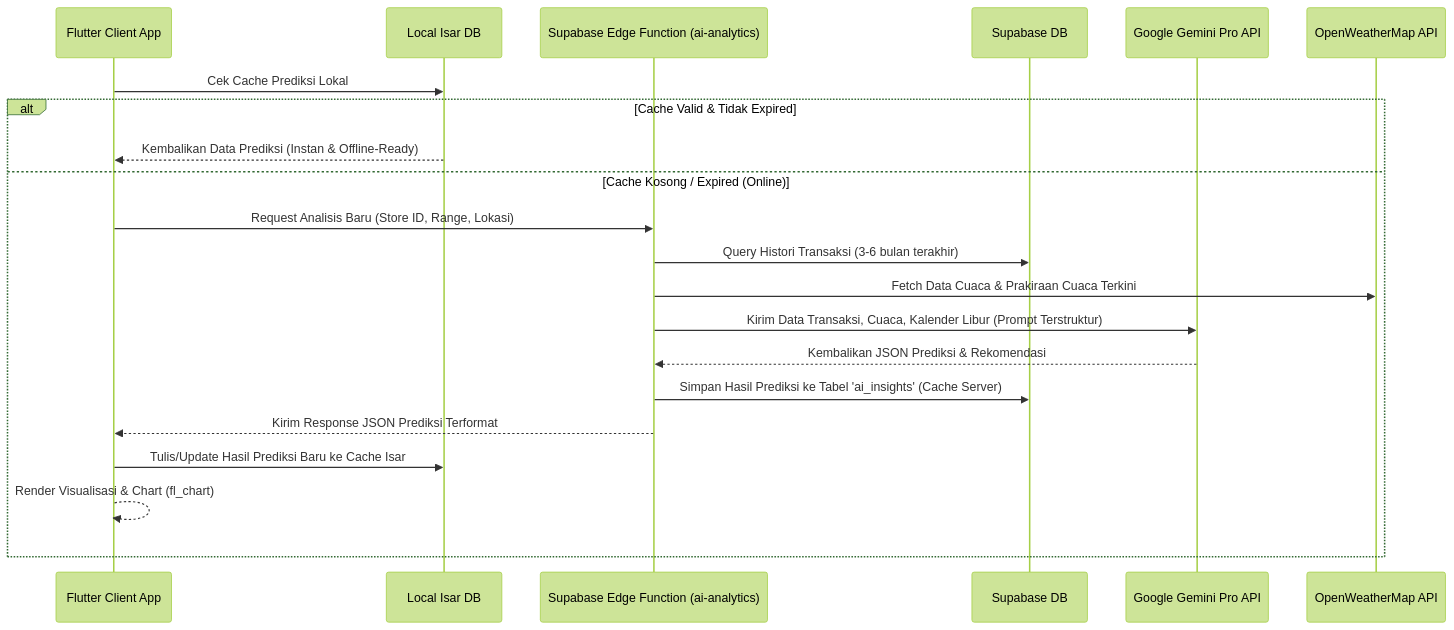
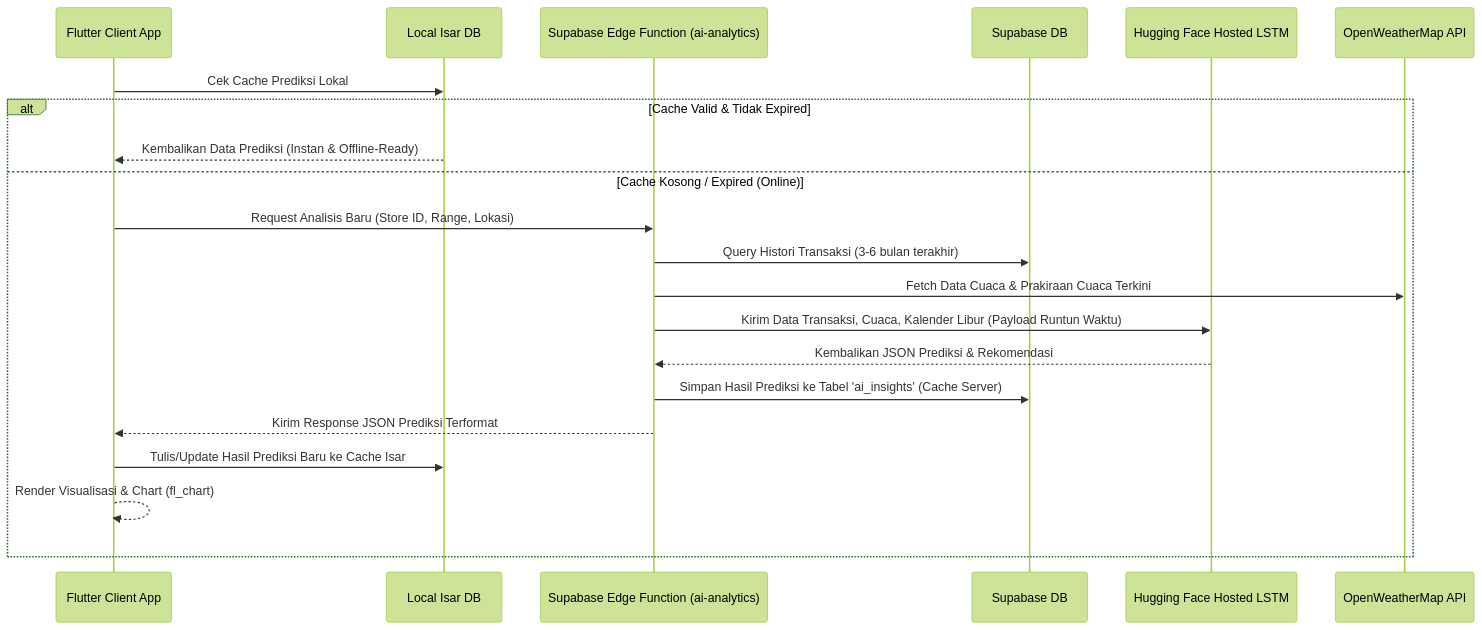
The diagram in Planning/Done/Plan Fitur AI.md (Skripsi-MKholis/pos_mobile_fork), drawn with Mermaid (forest theme) before and after one commit. The commit also changed other lines of this file and 6 other files, not shown here.

````diff
--- a/Planning/Done/Plan Fitur AI.md
+++ b/Planning/Done/Plan Fitur AI.md
@@ -12,24 +12,24 @@
 ```mermaid
 sequenceDiagram
     participant App as Flutter Client App
     participant Isar as Local Isar DB
     participant EF as Supabase Edge Function (ai-analytics)
     participant DB as Supabase DB
-    participant Gemini as Google Gemini Pro API
+    participant LSTM as Hugging Face Hosted LSTM
     participant Weather as OpenWeatherMap API
 
     App->>Isar: Cek Cache Prediksi Lokal
     alt Cache Valid & Tidak Expired
         Isar-->>App: Kembalikan Data Prediksi (Instan & Offline-Ready)
     else Cache Kosong / Expired (Online)
         App->>EF: Request Analisis Baru (Store ID, Range, Lokasi)
         EF->>DB: Query Histori Transaksi (3-6 bulan terakhir)
         EF->>Weather: Fetch Data Cuaca & Prakiraan Cuaca Terkini
-        EF->>Gemini: Kirim Data Transaksi, Cuaca, Kalender Libur (Prompt Terstruktur)
-        Gemini-->>EF: Kembalikan JSON Prediksi & Rekomendasi
+        EF->>LSTM: Kirim Data Transaksi, Cuaca, Kalender Libur (Payload Runtun Waktu)
+        LSTM-->>EF: Kembalikan JSON Prediksi & Rekomendasi
         EF->>DB: Simpan Hasil Prediksi ke Tabel 'ai_insights' (Cache Server)
         EF-->>App: Kirim Response JSON Prediksi Terformat
         App->>Isar: Tulis/Update Hasil Prediksi Baru ke Cache Isar
         App-->>App: Render Visualisasi & Chart (fl_chart)
     end
 ```
````
